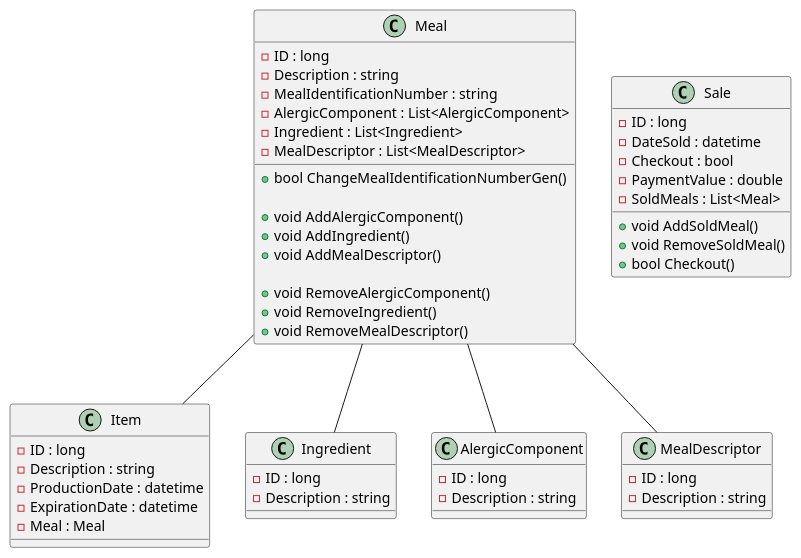
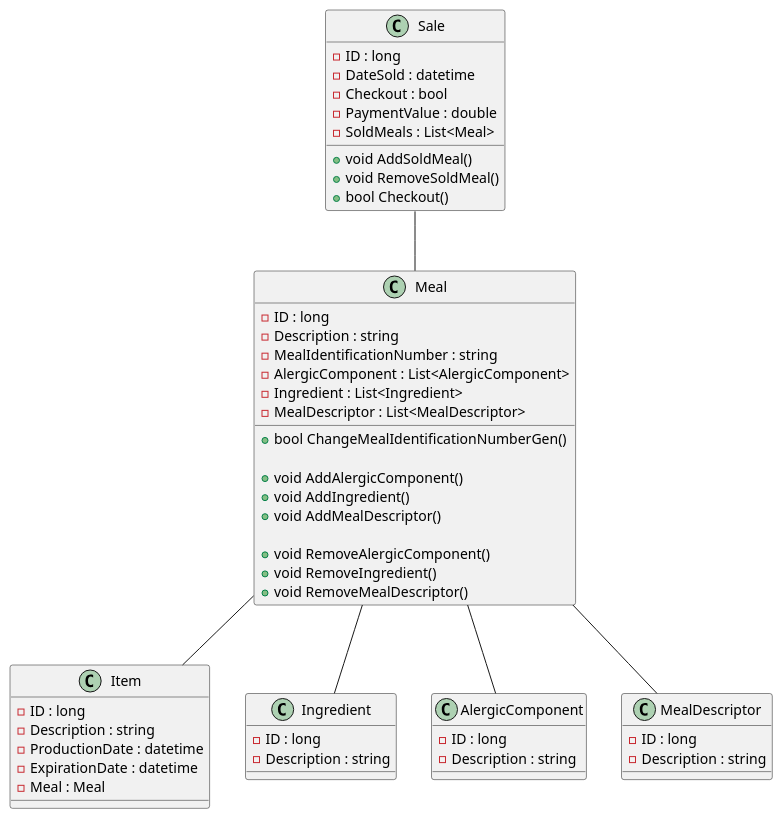
Before and after one commit to PeFerreira98/ARQSOFT_2019: the diagram in P1/ADD/ModelDiagram.puml, drawn with PlantUML. The commit also changed 2 other files, not shown here.

```diff
--- a/P1/ADD/ModelDiagram.puml
+++ b/P1/ADD/ModelDiagram.puml
@@ -1,61 +1,62 @@
 @startuml ModelDiagram
 class Meal {
     -ID : long
     -Description : string
     -MealIdentificationNumber : string
     -AlergicComponent : List<AlergicComponent>
     -Ingredient : List<Ingredient>
     -MealDescriptor : List<MealDescriptor>
     
     +bool ChangeMealIdentificationNumberGen()
 
     +void AddAlergicComponent()
     +void AddIngredient()
     +void AddMealDescriptor()
 
     +void RemoveAlergicComponent()
     +void RemoveIngredient()
     +void RemoveMealDescriptor()
 }
 
 class Item {
     -ID : long
     -Description : string
     -ProductionDate : datetime
     -ExpirationDate : datetime
     -Meal : Meal
 }
 
 class Ingredient {
     -ID : long
     -Description : string
 }
 
 class AlergicComponent {
     -ID : long
     -Description : string
 }
 
 class MealDescriptor {
     -ID : long
     -Description : string
 }
 
 class Sale {
     -ID : long
     -DateSold : datetime
     -Checkout : bool
     -PaymentValue : double
     -SoldMeals : List<Meal>
 
     +void AddSoldMeal()
     +void RemoveSoldMeal()
     +bool Checkout()
 }
 
 Meal -- Item
 Meal -- AlergicComponent
 Meal -- MealDescriptor
 Meal -- Ingredient
 
+Sale -- Meal
 @enduml
```
